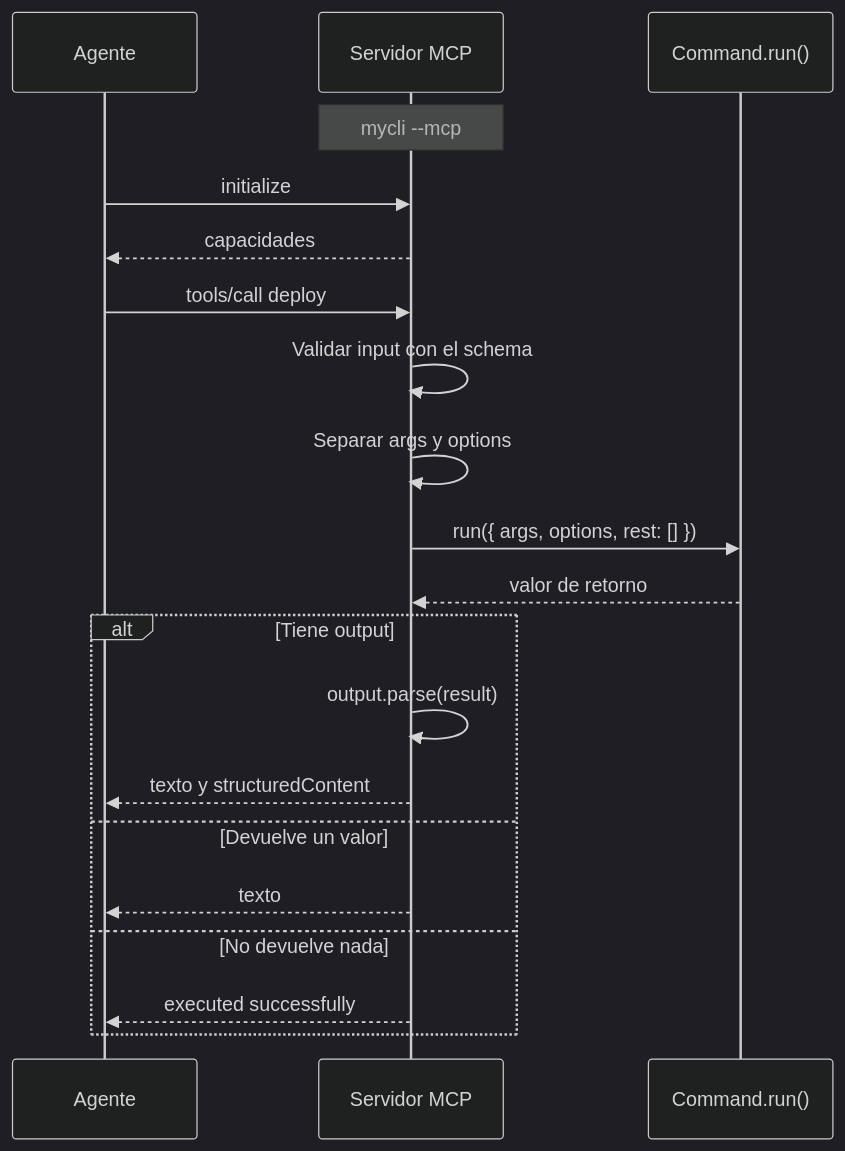
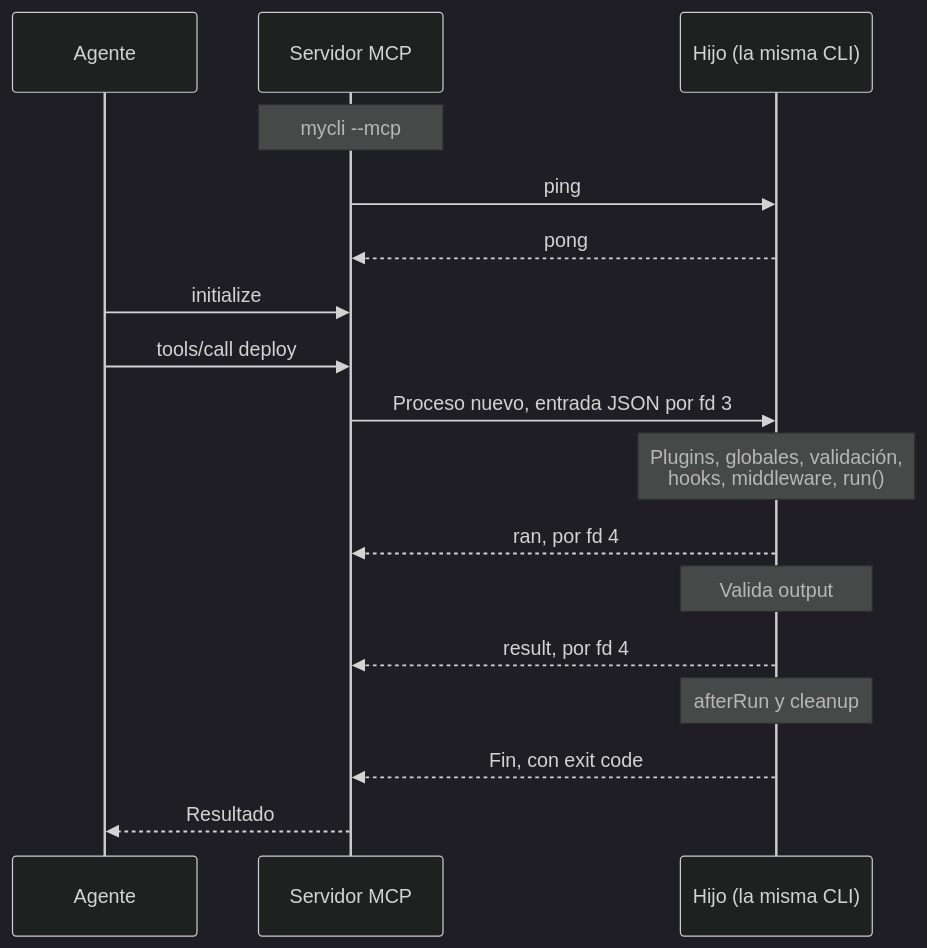
Before and after one commit to jrodrigopuca/runa-cmd: the diagram in docs/flows/mcp-tool-call.md, drawn with Mermaid (dark theme). The commit also changed other lines of this file and 24 other files, not shown here.

Commit message:
feat(mcp): run each tool as a subprocess of the CLI

````diff
--- a/docs/flows/mcp-tool-call.md
+++ b/docs/flows/mcp-tool-call.md
@@ -7,22 +7,19 @@
 ```mermaid
 sequenceDiagram
     participant A as Agente
     participant S as Servidor MCP
-    participant C as Command.run()
+    participant H as Hijo (la misma CLI)
     Note over S: mycli --mcp
+    S->>H: ping
+    H-->>S: pong
     A->>S: initialize
-    S-->>A: capacidades
     A->>S: tools/call deploy
-    S->>S: Validar input con el schema
-    S->>S: Separar args y options
-    S->>C: run({ args, options, rest: [] })
-    C-->>S: valor de retorno
-    alt Tiene output
-        S->>S: output.parse(result)
-        S-->>A: texto y structuredContent
-    else Devuelve un valor
-        S-->>A: texto
-    else No devuelve nada
-        S-->>A: executed successfully
-    end
+    S->>H: Proceso nuevo, entrada JSON por fd 3
+    Note over H: Plugins, globales, validación,<br/>hooks, middleware, run()
+    H-->>S: ran, por fd 4
+    Note over H: Valida output
+    H-->>S: result, por fd 4
+    Note over H: afterRun y cleanup
+    H-->>S: Fin, con exit code
+    S-->>A: Resultado
 ```
````
